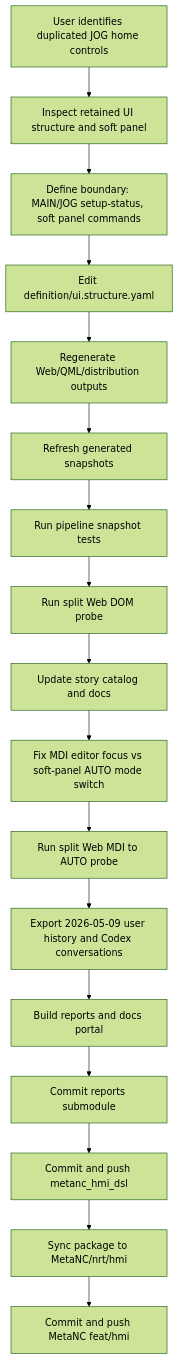
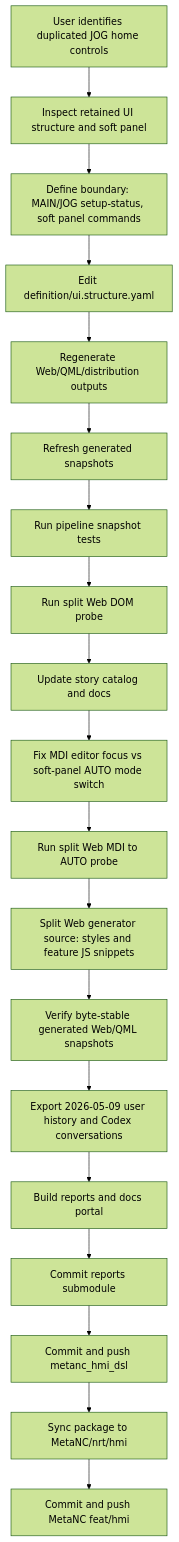
Before and after one commit to luppiterw/metanc_hmi_dsl_reports: the diagram in 2026-05-09-codex-session/workflow-diagram.md, drawn with Mermaid (forest theme). The commit also changed 10 other files, not shown here.

Commit message:
docs: update 2026-05-09 generator split report

````diff
--- a/2026-05-09-codex-session/workflow-diagram.md
+++ b/2026-05-09-codex-session/workflow-diagram.md
@@ -3,19 +3,21 @@
 ```mermaid
 flowchart TD
     A[User identifies duplicated JOG home controls] --> B[Inspect retained UI structure and soft panel]
     B --> C[Define boundary: MAIN/JOG setup-status, soft panel commands]
     C --> D[Edit definition/ui.structure.yaml]
     D --> E[Regenerate Web/QML/distribution outputs]
     E --> F[Refresh generated snapshots]
     F --> G[Run pipeline snapshot tests]
     G --> H[Run split Web DOM probe]
     H --> I[Update story catalog and docs]
     I --> J[Fix MDI editor focus vs soft-panel AUTO mode switch]
     J --> K[Run split Web MDI to AUTO probe]
-    K --> L[Export 2026-05-09 user history and Codex conversations]
-    L --> M[Build reports and docs portal]
-    M --> N[Commit reports submodule]
-    N --> O[Commit and push metanc_hmi_dsl]
-    O --> P[Sync package to MetaNC/nrt/hmi]
-    P --> Q[Commit and push MetaNC feat/hmi]
+    K --> L[Split Web generator source: styles and feature JS snippets]
+    L --> M[Verify byte-stable generated Web/QML snapshots]
+    M --> N[Export 2026-05-09 user history and Codex conversations]
+    N --> O[Build reports and docs portal]
+    O --> P[Commit reports submodule]
+    P --> Q[Commit and push metanc_hmi_dsl]
+    Q --> R[Sync package to MetaNC/nrt/hmi]
+    R --> S[Commit and push MetaNC feat/hmi]
 ```
````
